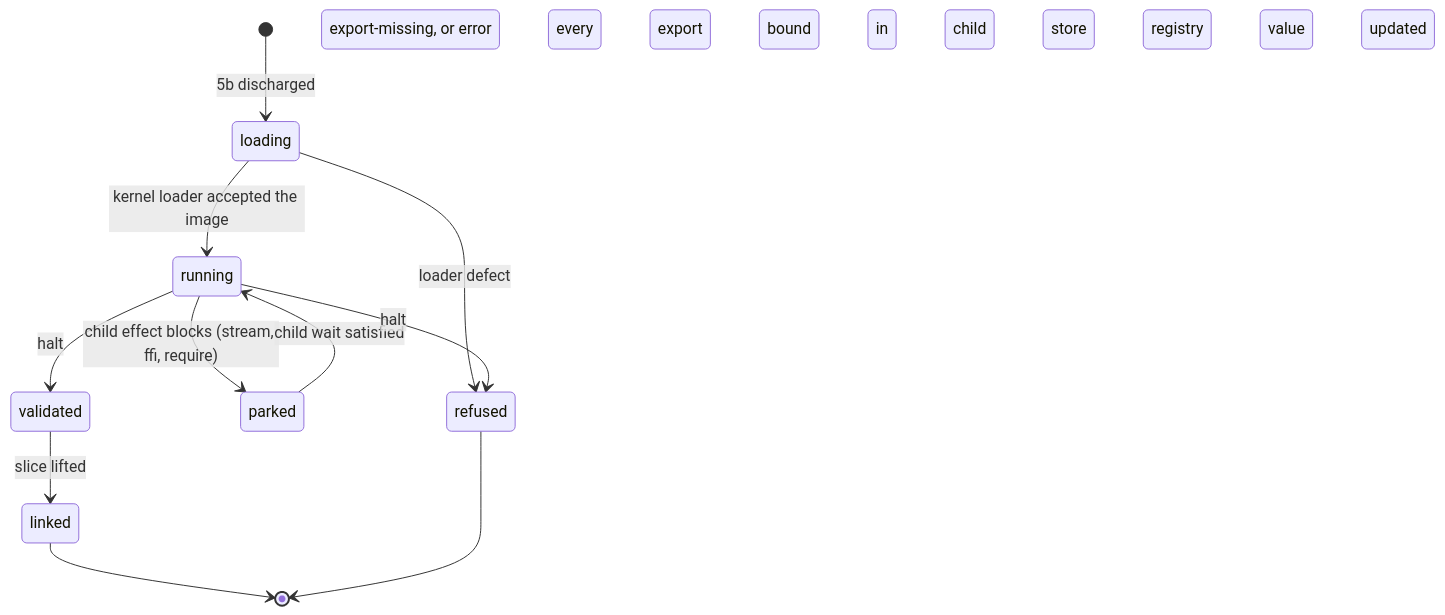
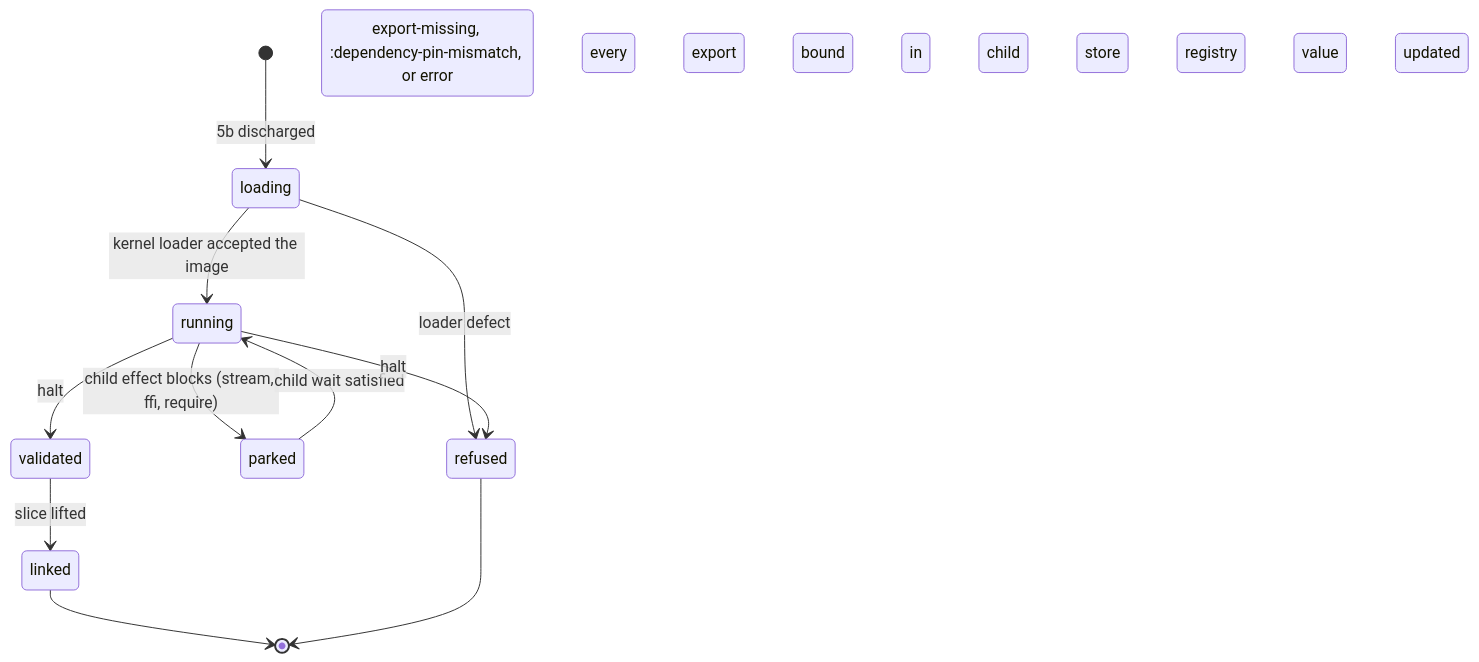
One commit to sonwh98/datomworld changed the third of 4 diagrams in docs/design/yin.vm.linker.md. Above: the diagram before and after it, drawn with Mermaid. The commit also changed other lines of this file and 3 other files, not shown here.

Commit message:
fix(yin.vm.engine): link-install refuses a dependency whose linked address differs from the manifest pin (L-d)

````diff
--- a/docs/design/yin.vm.linker.md
+++ b/docs/design/yin.vm.linker.md
@@ -1267,13 +1270,13 @@
 ```mermaid
 stateDiagram-v2
   [*] --> loading: 5b discharged
   loading --> running: kernel loader accepted the image
   loading --> refused: loader defect
   running --> parked: child effect blocks (stream, ffi, require)
   parked --> running: child wait satisfied
   running --> validated: halt; every export bound in child store
-  running --> refused: halt; :export-missing, or error
+  running --> refused: halt; :export-missing, :dependency-pin-mismatch, or error
   validated --> linked: slice lifted; registry value updated
   linked --> [*]
   refused --> [*]
 ```
````
